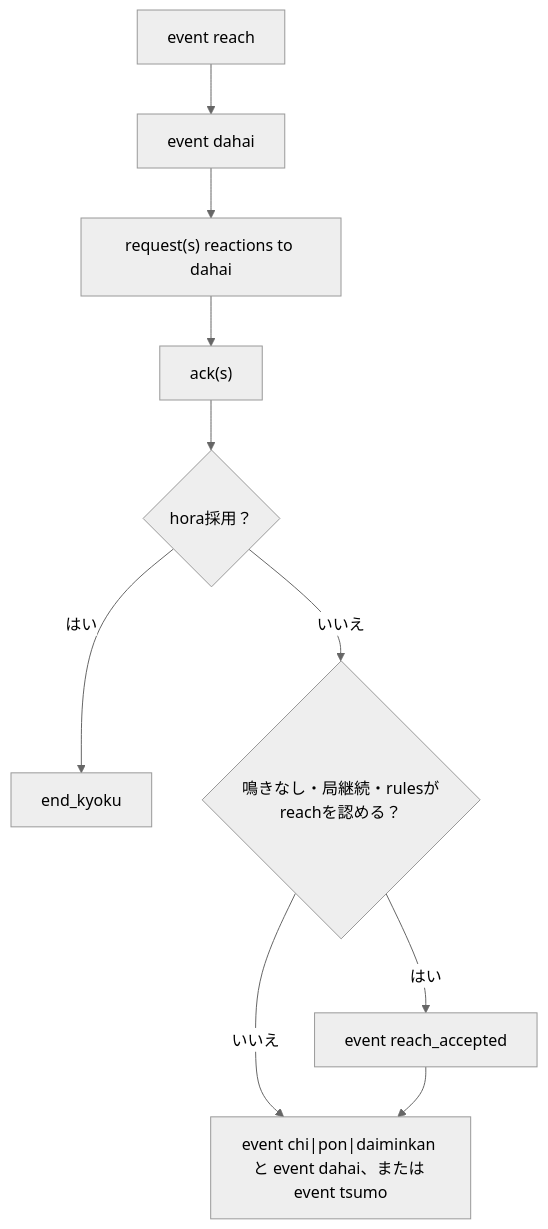
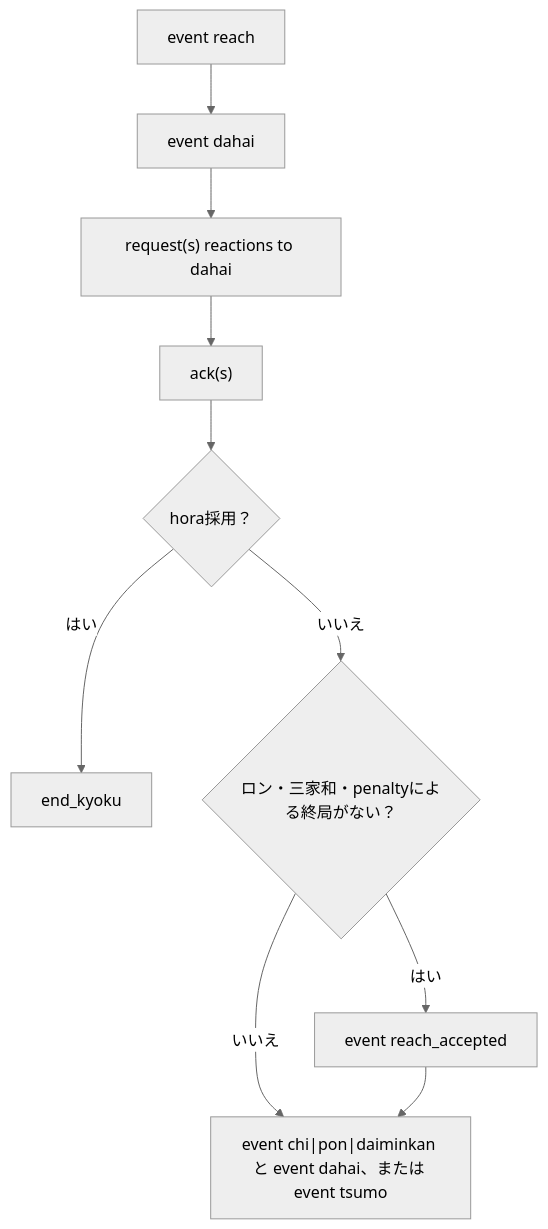
One commit to SuzumiyaAoba/YAMAI changed the fifth of 7 diagrams in docs/yamai-protocol.md. Above: the diagram before and after it, drawn with Mermaid (neutral theme). The commit also changed other lines of this file and 79 other files, not shown here.

````diff
--- a/docs/yamai-protocol.md
+++ b/docs/yamai-protocol.md
@@ -1166,12 +1658,12 @@
 ```mermaid
 flowchart TD
   A["event reach"] --> B["event dahai"]
   B --> C["request(s) reactions to dahai"]
   C --> D["ack(s)"]
   D --> E{"hora採用？"}
   E -->|はい| F["end_kyoku"]
-  E -->|いいえ| G{"鳴きなし・局継続・rulesがreachを認める？"}
+  E -->|いいえ| G{"ロン・三家和・penaltyによる終局がない？"}
   G -->|はい| H["event reach_accepted"]
   G -->|いいえ| I["event chi|pon|daiminkan と event dahai、または event tsumo"]
   H --> I
 ```
````
